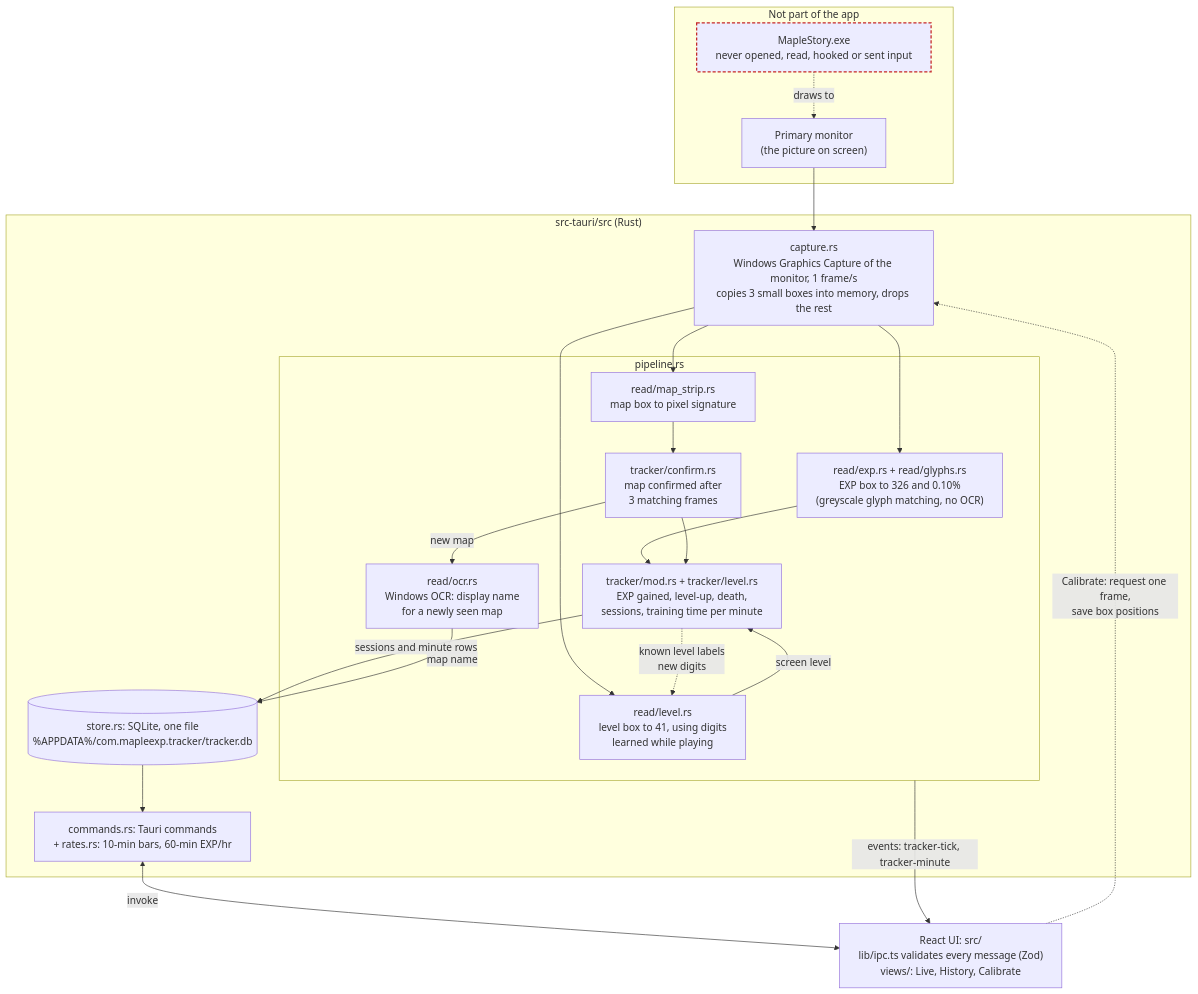
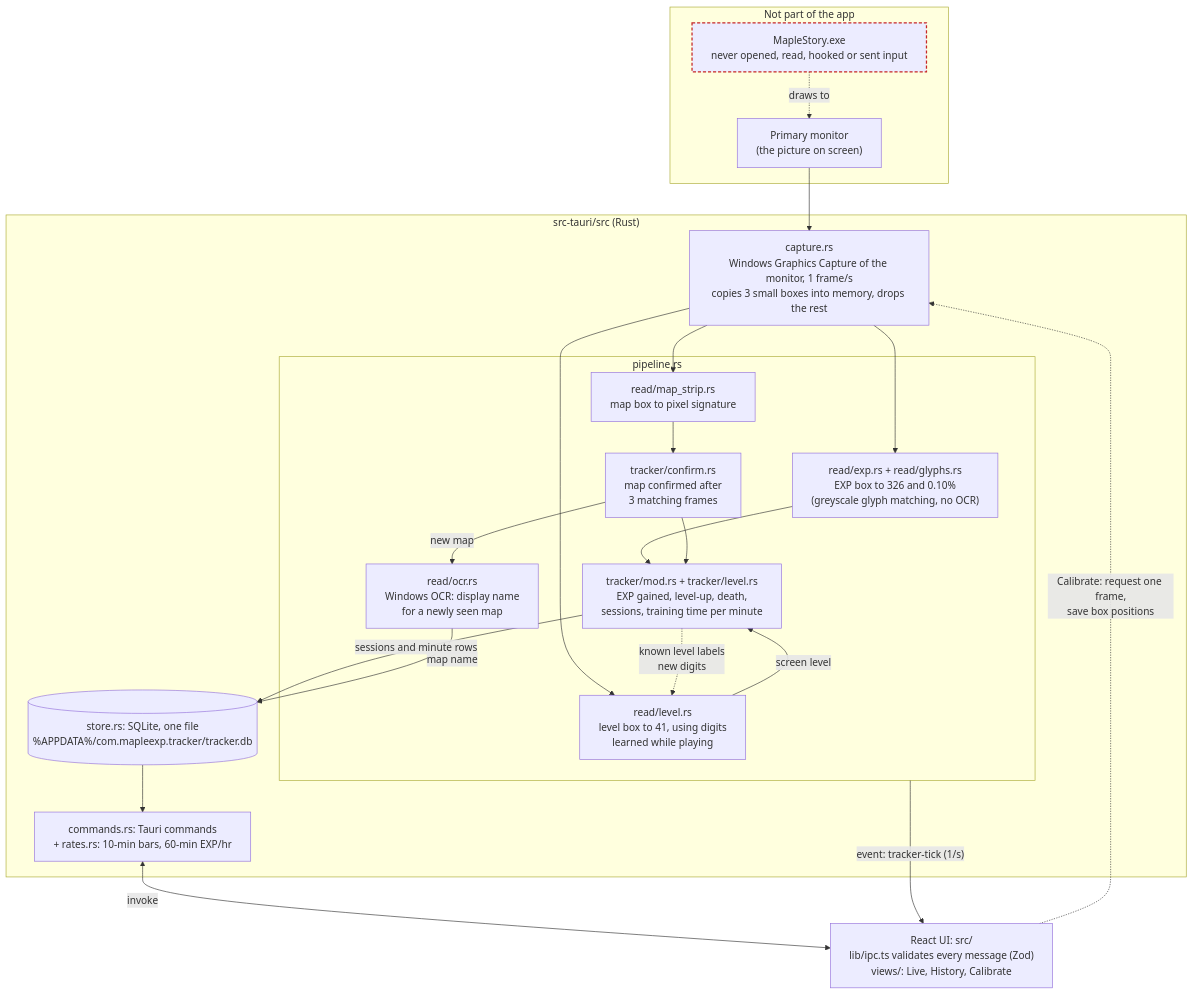
One commit to Kwuasimoto/classic-exp-tracker changed the diagram in README.md. Above: the diagram before and after it, drawn with Mermaid. The commit also changed other lines of this file and 6 other files, not shown here.

````diff
--- a/README.md
+++ b/README.md
@@ -9,47 +9,47 @@
 ```mermaid
 %%{init: {"flowchart": {"wrappingWidth": 320}}}%%
 flowchart TB
     subgraph outside["Not part of the app"]
         game["MapleStory.exe<br/>never opened, read, hooked or sent input"]
         monitor["Primary monitor<br/>(the picture on screen)"]
         game -. "draws to" .-> monitor
     end
 
     subgraph backend["src-tauri/src (Rust)"]
         capture["capture.rs<br/>Windows Graphics Capture of the monitor, 1 frame/s<br/>copies 3 small boxes into memory, drops the rest"]
 
         subgraph pipeline["pipeline.rs"]
             exp["read/exp.rs + read/glyphs.rs<br/>EXP box to 326 and 0.10%<br/>(greyscale glyph matching, no OCR)"]
             strip["read/map_strip.rs<br/>map box to pixel signature"]
             lvl["read/level.rs<br/>level box to 41, using digits<br/>learned while playing"]
             confirm["tracker/confirm.rs<br/>map confirmed after<br/>3 matching frames"]
             ocr["read/ocr.rs<br/>Windows OCR: display name<br/>for a newly seen map"]
             track["tracker/mod.rs + tracker/level.rs<br/>EXP gained, level-up, death,<br/>sessions, training time per minute"]
         end
 
         store[("store.rs: SQLite, one file<br/>%APPDATA%/com.mapleexp.tracker/tracker.db")]
         commands["commands.rs: Tauri commands<br/>+ rates.rs: 10-min bars, 60-min EXP/hr"]
     end
 
     ui["React UI: src/<br/>lib/ipc.ts validates every message (Zod)<br/>views/: Live, History, Calibrate"]
 
     monitor --> capture
     capture --> exp
     capture --> strip
     capture --> lvl
     lvl -- "screen level" --> track
     track -. "known level labels<br/>new digits" .-> lvl
     strip --> confirm
     confirm -- "new map" --> ocr
     exp --> track
     confirm --> track
     track -- "sessions and minute rows" --> store
     ocr -- "map name" --> store
     store --> commands
     commands <-- "invoke" --> ui
-    pipeline -- "events: tracker-tick, tracker-minute" --> ui
+    pipeline -- "event: tracker-tick (1/s)" --> ui
     ui -. "Calibrate: request one frame,<br/>save box positions" .-> capture
 
     classDef offlimits stroke:#c62828,stroke-width:2px,stroke-dasharray:5 3
     class game offlimits
 ```
````
